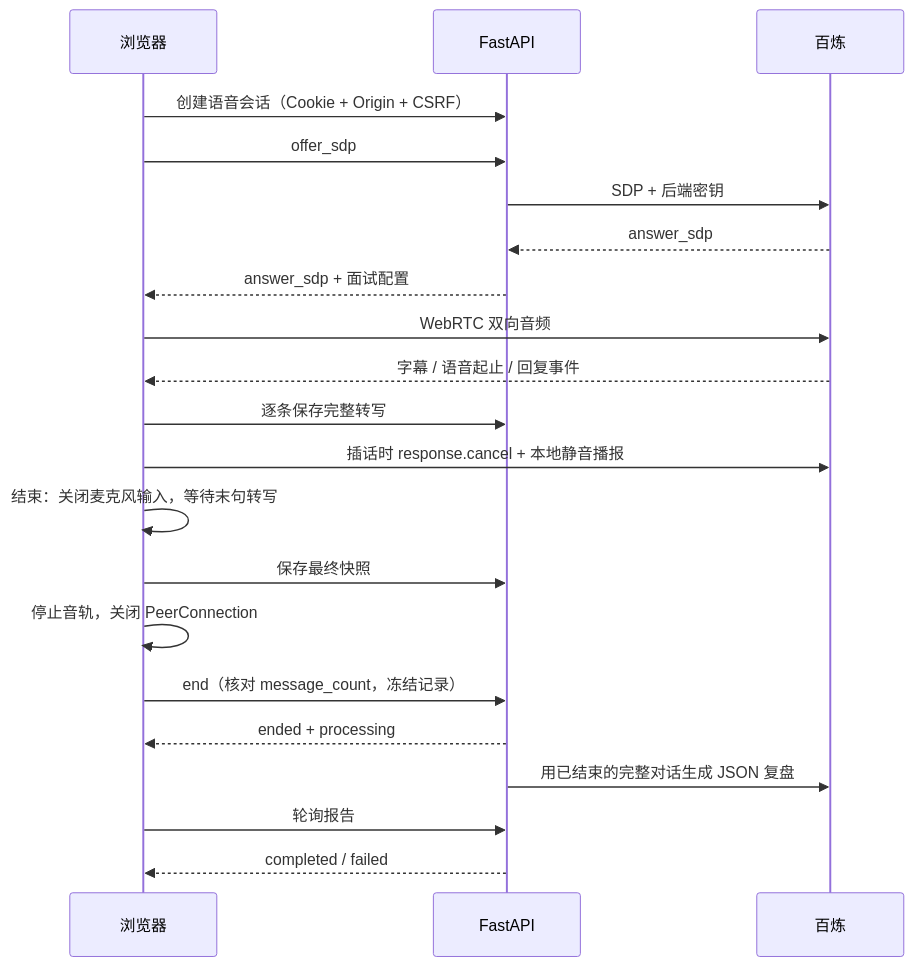
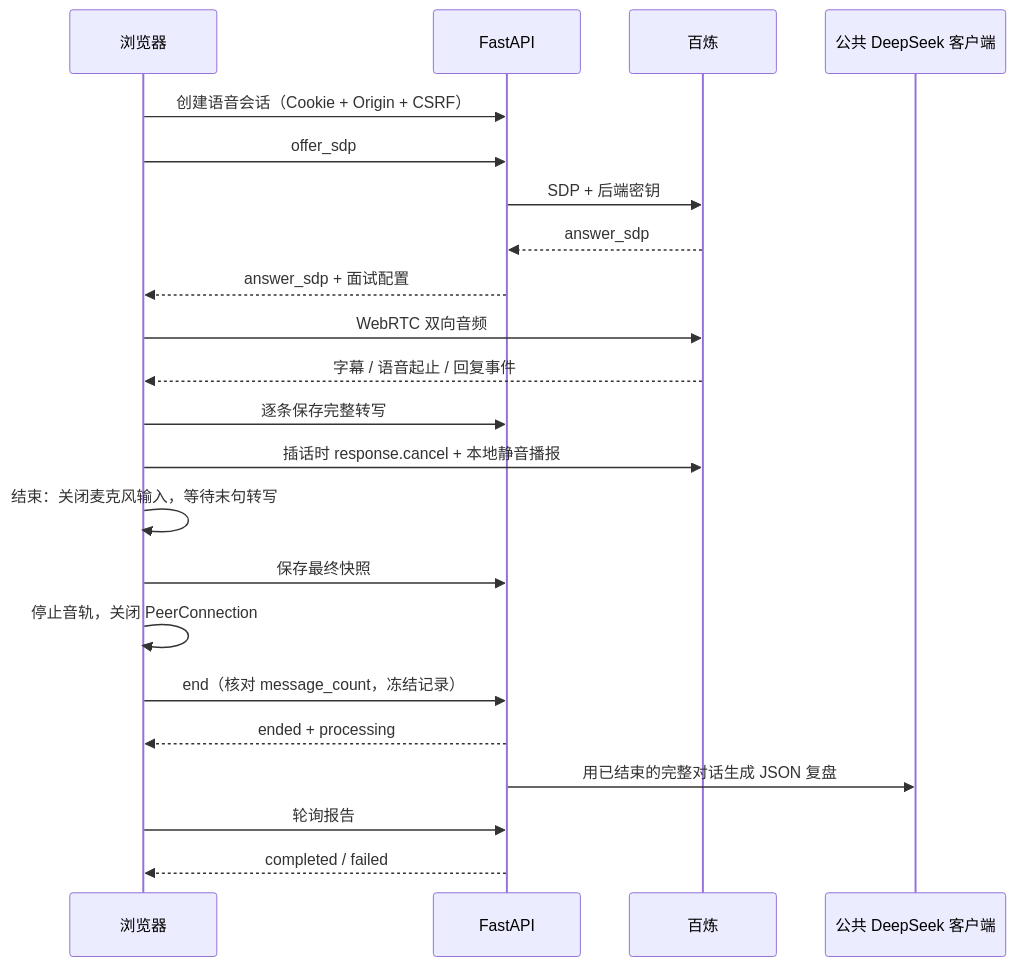
The diagram in docs/voice-interview.md (nnfgl/offer-route), drawn with Mermaid before and after one commit. The commit also changed other lines of this file and 31 other files, not shown here.

````diff
--- a/docs/voice-interview.md
+++ b/docs/voice-interview.md
@@ -46,23 +52,24 @@
 ```mermaid
 sequenceDiagram
     participant UI as 浏览器
     participant API as FastAPI
     participant Cloud as 百炼
+    participant Model as 公共 DeepSeek 客户端
     UI->>API: 创建语音会话（Cookie + Origin + CSRF）
     UI->>API: offer_sdp
     API->>Cloud: SDP + 后端密钥
     Cloud-->>API: answer_sdp
     API-->>UI: answer_sdp + 面试配置
     UI->>Cloud: WebRTC 双向音频
     Cloud-->>UI: 字幕 / 语音起止 / 回复事件
     UI->>API: 逐条保存完整转写
     UI->>Cloud: 插话时 response.cancel + 本地静音播报
     UI->>UI: 结束：关闭麦克风输入，等待末句转写
     UI->>API: 保存最终快照
     UI->>UI: 停止音轨，关闭 PeerConnection
     UI->>API: end（核对 message_count，冻结记录）
     API-->>UI: ended + processing
-    API->>Cloud: 用已结束的完整对话生成 JSON 复盘
+    API->>Model: 用已结束的完整对话生成 JSON 复盘
     UI->>API: 轮询报告
     API-->>UI: completed / failed
 ```
````
